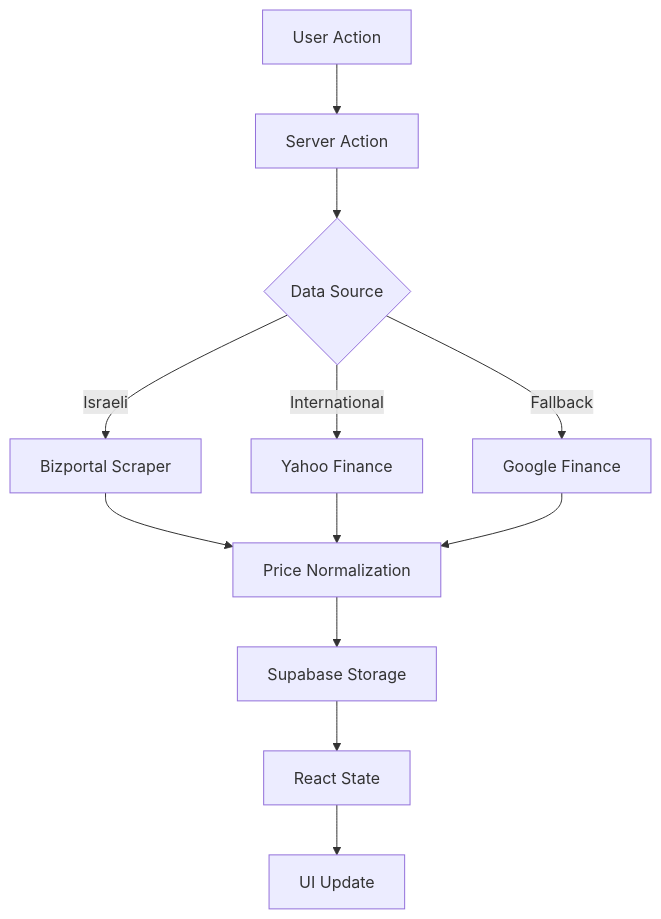
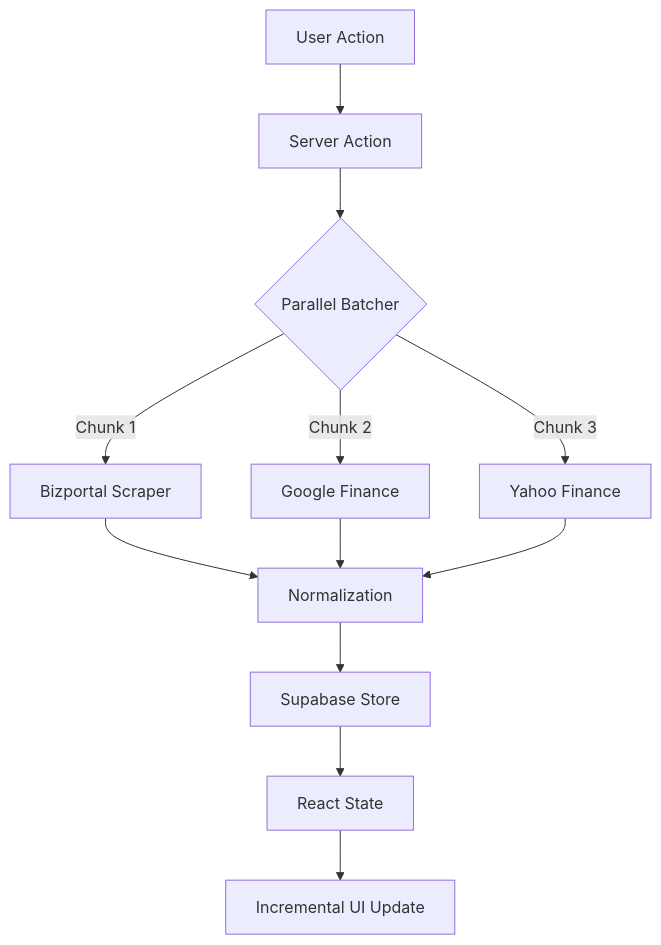
The diagram in README.md (YonatanAriel/Stocks-Rebalancer), drawn with Mermaid before and after one commit. The commit also changed other lines of this file, not shown here.

Commit message:
feat: implement finance server actions for price fetching and manual overrides with Bizportal and Google Finance integration

````diff
--- a/README.md
+++ b/README.md
@@ -206,14 +216,14 @@
 ```mermaid
 graph TD
     A[User Action] --> B[Server Action]
-    B --> C{Data Source}
-    C -->|Israeli| D[Bizportal Scraper]
-    C -->|International| E[Yahoo Finance]
-    C -->|Fallback| F[Google Finance]
-    D --> G[Price Normalization]
+    B --> C{Parallel Batcher}
+    C -->|Chunk 1| D[Bizportal Scraper]
+    C -->|Chunk 2| E[Google Finance]
+    C -->|Chunk 3| F[Yahoo Finance]
+    D --> G[Normalization]
     E --> G
     F --> G
-    G --> H[Supabase Storage]
+    G --> H[Supabase Store]
     H --> I[React State]
-    I --> J[UI Update]
+    I --> J[Incremental UI Update]
 ```
````
